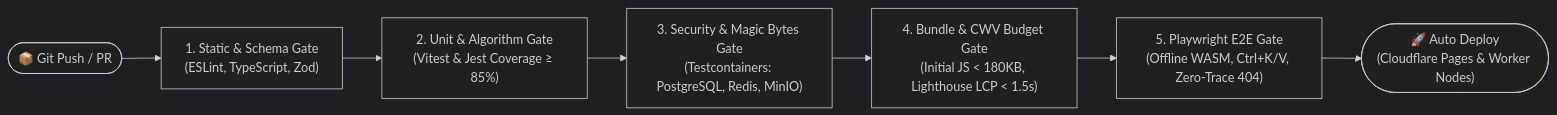
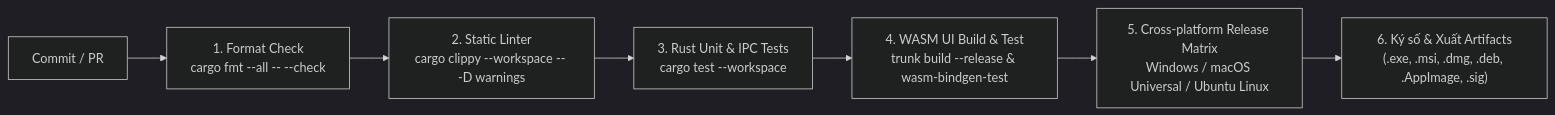
Before and after one commit to QuanCters/office-utility-vn: the diagram in docs/specs/06-testing-qa.md, drawn with Mermaid (dark theme). The commit also changed other lines of this file and 48 other files, not shown here.

````diff
--- a/docs/specs/06-testing-qa.md
+++ b/docs/specs/06-testing-qa.md
@@ -463,10 +171,9 @@
 ```mermaid
 flowchart LR
-    Commit(["📦 Git Push / PR"]) --> Gate1["1. Static & Schema Gate<br/>(ESLint, TypeScript, Zod)"]
-    Gate1 --> Gate2["2. Unit & Algorithm Gate<br/>(Vitest & Jest Coverage ≥ 85%)"]
-    Gate2 --> Gate3["3. Security & Magic Bytes Gate<br/>(Testcontainers: PostgreSQL, Redis, MinIO)"]
-    Gate3 --> Gate4["4. Bundle & CWV Budget Gate<br/>(Initial JS < 180KB, Lighthouse LCP < 1.5s)"]
-    Gate4 --> Gate5["5. Playwright E2E Gate<br/>(Offline WASM, Ctrl+K/V, Zero-Trace 404)"]
-    Gate5 --> Deploy(["🚀 Auto Deploy<br/>(Cloudflare Pages & Worker Nodes)"])
-
+    A["Commit / PR"] --> B["1. Format Check<br/>cargo fmt --all -- --check"]
+    B --> C["2. Static Linter<br/>cargo clippy --workspace -- -D warnings"]
+    C --> D["3. Rust Unit & IPC Tests<br/>cargo test --workspace"]
+    D --> E["4. WASM UI Build & Test<br/>trunk build --release & wasm-bindgen-test"]
+    E --> F["5. Cross-platform Release Matrix<br/>Windows / macOS Universal / Ubuntu Linux"]
+    F --> G["6. Ký số & Xuất Artifacts<br/>(.exe, .msi, .dmg, .deb, .AppImage, .sig)"]
 ```
````
